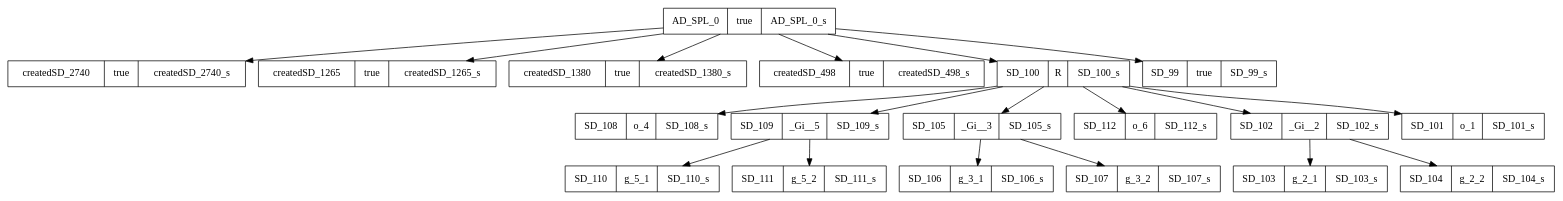
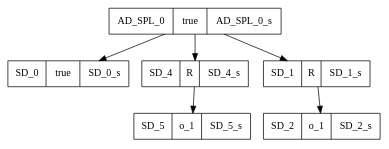
Before and after one commit to SPLMC/spl-generator: the diagram in src/results_joao/2/rdg_rdg.dot, drawn with Graphviz. The commit also changed 38 other files, not shown here.

```diff
--- a/src/results_joao/2/rdg_rdg.dot
+++ b/src/results_joao/2/rdg_rdg.dot
@@ -1,39 +1,13 @@
 digraph graphname {
 AD_SPL_0[shape=record, label="{{AD_SPL_0|true|AD_SPL_0_s}}"];
-createdSD_2740[shape=record, label="{{createdSD_2740|true|createdSD_2740_s}}"];
-createdSD_1265[shape=record, label="{{createdSD_1265|true|createdSD_1265_s}}"];
-createdSD_1380[shape=record, label="{{createdSD_1380|true|createdSD_1380_s}}"];
-createdSD_498[shape=record, label="{{createdSD_498|true|createdSD_498_s}}"];
-SD_100[shape=record, label="{{SD_100|R|SD_100_s}}"];
-SD_108[shape=record, label="{{SD_108|o_4|SD_108_s}}"];
-SD_109[shape=record, label="{{SD_109|_Gi__5|SD_109_s}}"];
-SD_110[shape=record, label="{{SD_110|g_5_1|SD_110_s}}"];
-SD_111[shape=record, label="{{SD_111|g_5_2|SD_111_s}}"];
-SD_105[shape=record, label="{{SD_105|_Gi__3|SD_105_s}}"];
-SD_106[shape=record, label="{{SD_106|g_3_1|SD_106_s}}"];
-SD_107[shape=record, label="{{SD_107|g_3_2|SD_107_s}}"];
-SD_112[shape=record, label="{{SD_112|o_6|SD_112_s}}"];
-SD_102[shape=record, label="{{SD_102|_Gi__2|SD_102_s}}"];
-SD_103[shape=record, label="{{SD_103|g_2_1|SD_103_s}}"];
-SD_104[shape=record, label="{{SD_104|g_2_2|SD_104_s}}"];
-SD_101[shape=record, label="{{SD_101|o_1|SD_101_s}}"];
-SD_99[shape=record, label="{{SD_99|true|SD_99_s}}"];
-AD_SPL_0 -> createdSD_2740;
-AD_SPL_0 -> createdSD_1265;
-AD_SPL_0 -> createdSD_1380;
-AD_SPL_0 -> createdSD_498;
-AD_SPL_0 -> SD_100;
-SD_100 -> SD_108;
-SD_100 -> SD_109;
-SD_109 -> SD_110;
-SD_109 -> SD_111;
-SD_100 -> SD_105;
-SD_105 -> SD_106;
-SD_105 -> SD_107;
-SD_100 -> SD_112;
-SD_100 -> SD_102;
-SD_102 -> SD_103;
-SD_102 -> SD_104;
-SD_100 -> SD_101;
-AD_SPL_0 -> SD_99;
+SD_0[shape=record, label="{{SD_0|true|SD_0_s}}"];
+SD_4[shape=record, label="{{SD_4|R|SD_4_s}}"];
+SD_5[shape=record, label="{{SD_5|o_1|SD_5_s}}"];
+SD_1[shape=record, label="{{SD_1|R|SD_1_s}}"];
+SD_2[shape=record, label="{{SD_2|o_1|SD_2_s}}"];
+AD_SPL_0 -> SD_0;
+AD_SPL_0 -> SD_4;
+SD_4 -> SD_5;
+AD_SPL_0 -> SD_1;
+SD_1 -> SD_2;
 }
```
